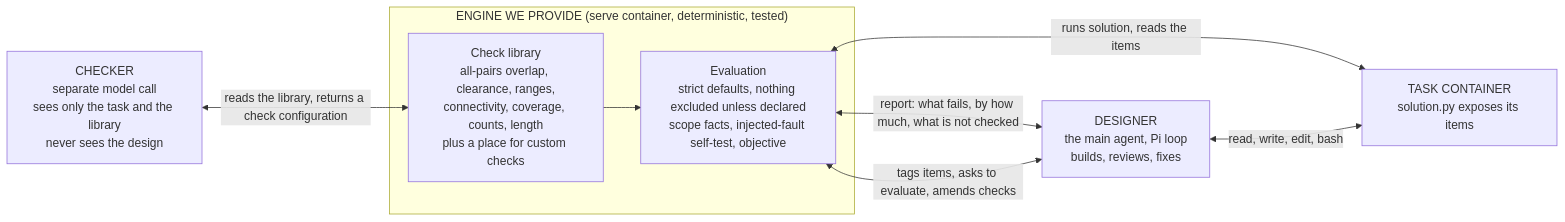
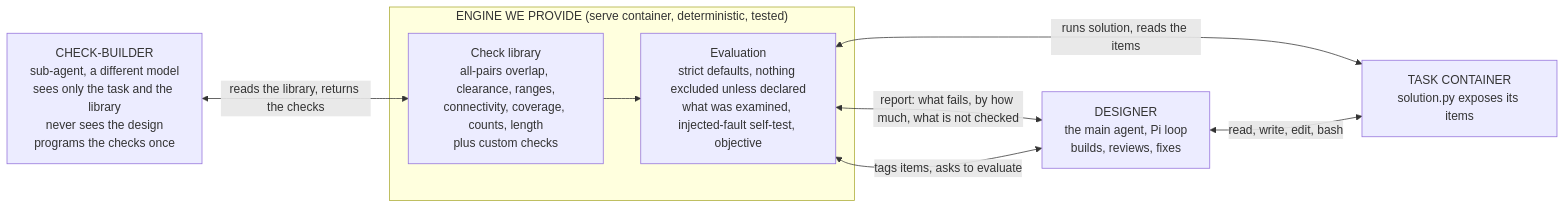
The diagram in docs/figures/fig5-structured-architecture.mmd (SophusRosendahl/ple-submission), drawn with Mermaid before and after one commit. The commit also changed 6 other files, not shown here.

First line of the commit message:
Rung 3: check-builder sub-agent (different model, runs once, fixed checks), library plus custom checks, budget 40; open question on a second model and the rules

```diff
--- a/docs/figures/fig5-structured-architecture.mmd
+++ b/docs/figures/fig5-structured-architecture.mmd
@@ -1,14 +1,14 @@
 flowchart LR
-  CK["CHECKER<br/>separate model call<br/>sees only the task and the library<br/>never sees the design"]
+  CB["CHECK-BUILDER<br/>sub-agent, a different model<br/>sees only the task and the library<br/>never sees the design<br/>programs the checks once"]
   DS["DESIGNER<br/>the main agent, Pi loop<br/>builds, reviews, fixes"]
   subgraph ENG["ENGINE WE PROVIDE (serve container, deterministic, tested)"]
-    LB["Check library<br/>all-pairs overlap, clearance, ranges,<br/>connectivity, coverage, counts, length<br/>plus a place for custom checks"]
-    EV["Evaluation<br/>strict defaults, nothing excluded unless declared<br/>scope facts, injected-fault self-test, objective"]
+    LB["Check library<br/>all-pairs overlap, clearance, ranges,<br/>connectivity, coverage, counts, length<br/>plus custom checks"]
+    EV["Evaluation<br/>strict defaults, nothing excluded unless declared<br/>what was examined, injected-fault self-test, objective"]
   end
   TC["TASK CONTAINER<br/>solution.py exposes its items"]
-  CK <-->|"reads the library, returns a check configuration"| LB
-  DS <-->|"tags items, asks to evaluate, amends checks"| EV
+  CB <-->|"reads the library, returns the checks"| LB
+  DS <-->|"tags items, asks to evaluate"| EV
   EV <-->|"report: what fails, by how much, what is not checked"| DS
   LB --> EV
   EV <-->|"runs solution, reads the items"| TC
   DS <-->|"read, write, edit, bash"| TC
```
